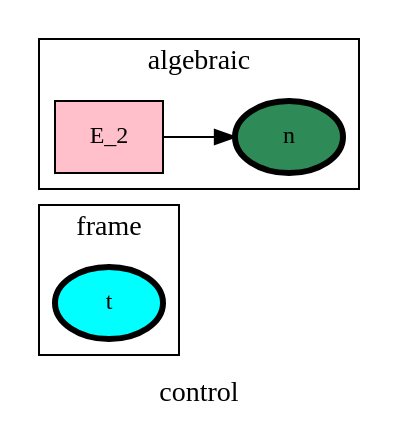
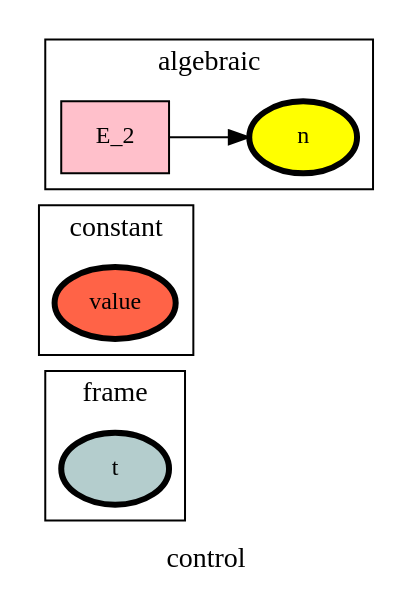
The diagram in ontology_graphs/graph__control.dot (heinz-preisig/processes_distributed_no_interface_eqs), drawn with Graphviz before and after one commit. The commit also changed 72 other files, not shown here.

```diff
--- a/ontology_graphs/graph__control.dot
+++ b/ontology_graphs/graph__control.dot
@@ -1,53 +1,54 @@
 digraph control {
 label=control;
 rankdir=LR;
 subgraph cluster_control___dataFlow {
 label=dataFlow;
 rankdir=LR;
 }
 
 subgraph cluster_control___input {
 label=input;
 rankdir=LR;
 }
 
 subgraph cluster_control___output {
 label=output;
 rankdir=LR;
 }
 
 subgraph cluster_control___network {
 label=network;
 rankdir=LR;
 }
 
 subgraph cluster_control___frame {
 label=frame;
 rankdir=LR;
-V_1 [fillcolor=cyan, fontsize=12, label=t, penwidth=3, style=filled];
+V_1 [fillcolor=lightcyan3, fontsize=12, label=t, penwidth=3, style=filled];
 }
 
 subgraph cluster_control___state {
 label=state;
 rankdir=LR;
 }
 
 subgraph cluster_control___constant {
 label=constant;
 rankdir=LR;
+V_6 [fillcolor=tomato, fontsize=12, label=value, penwidth=3, style=filled];
 }
 
 subgraph cluster_control___diffState {
 label=diffState;
 rankdir=LR;
 }
 
 subgraph cluster_control___algebraic {
 label=algebraic;
 rankdir=LR;
-V_5 [fillcolor=seagreen, fontsize=12, label=n, penwidth=3, style=filled];
+V_5 [fillcolor=yellow, fontsize=12, label=n, penwidth=3, style=filled];
 E_2 [fillcolor=pink, fontsize=12, shape=box, style=filled];
 E_2 -> V_5  [splines=ortho];
 }
 
 }
```
